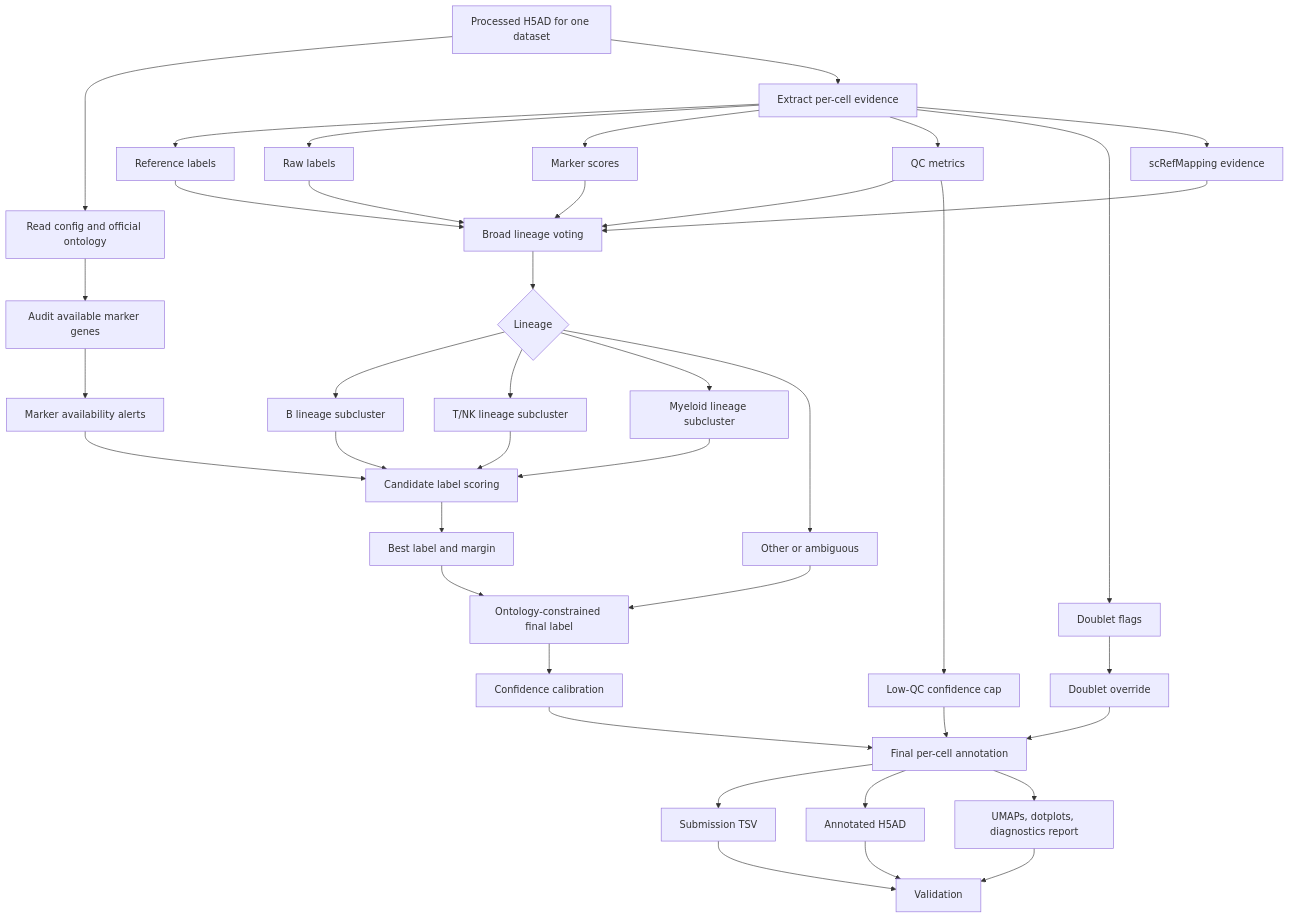
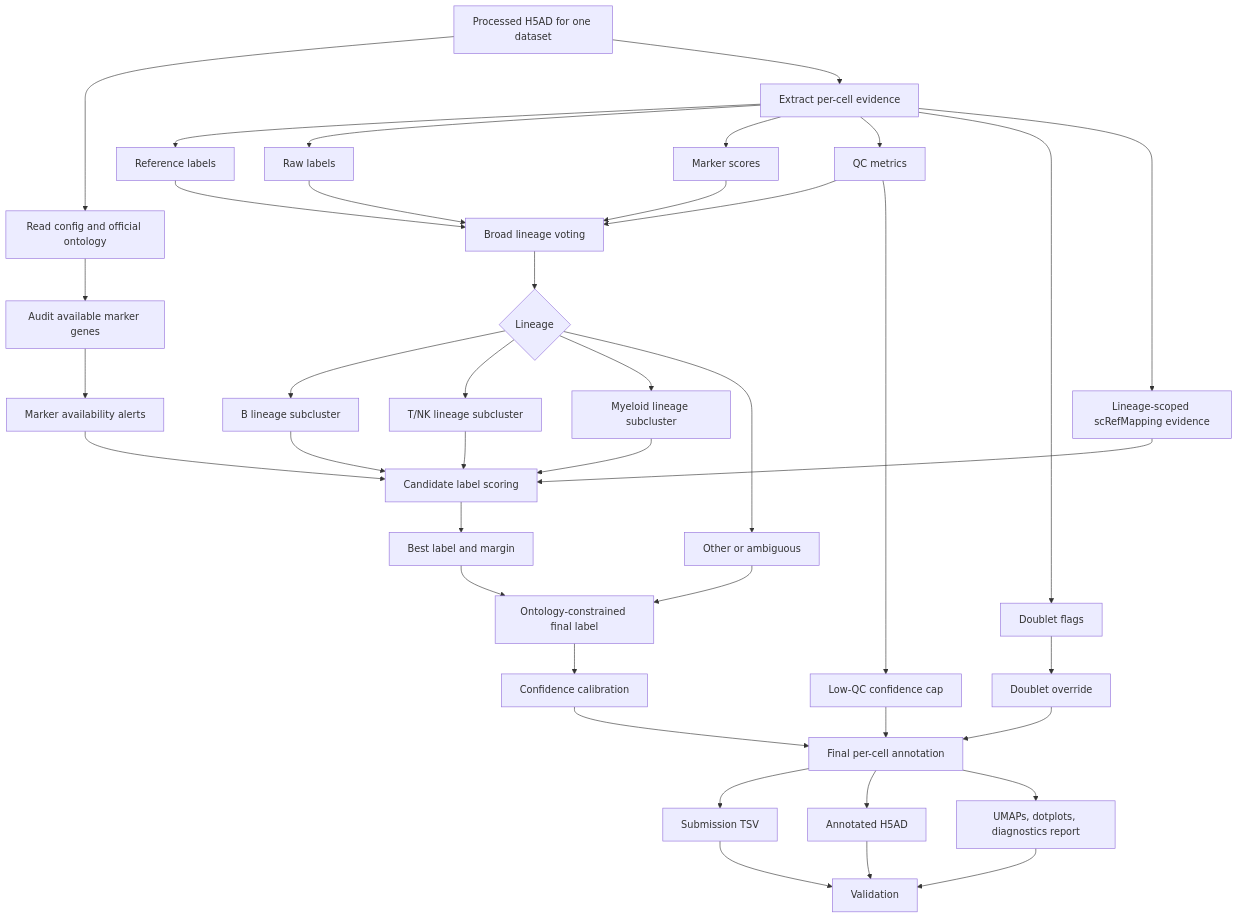
One commit to yyoshiaki/hipc-scrna-seq-annotation-submission changed the diagram in docs/annotation_strategy.md. Above: the diagram before and after it, drawn with Mermaid. The commit also changed other lines of this file and 2 other files, not shown here.

Commit message:
Place scRefMapping after broad lineage

````diff
--- a/docs/annotation_strategy.md
+++ b/docs/annotation_strategy.md
@@ -48,42 +48,42 @@
 ```mermaid
 flowchart TD
     A[Processed H5AD for one dataset] --> B[Read config and official ontology]
     B --> C[Audit available marker genes]
     A --> D[Extract per-cell evidence]
     D --> D1[Reference labels]
     D --> D2[Raw labels]
     D --> D3[Marker scores]
     D --> D4[QC metrics]
     D --> D5[Doublet flags]
-    D --> D6[scRefMapping evidence]
+    D --> D6[Lineage-scoped scRefMapping evidence]
     C --> E[Marker availability alerts]
     D1 --> F[Broad lineage voting]
     D2 --> F
     D3 --> F
     D4 --> F
-    D6 --> F
     F --> G{Lineage}
     G --> H[B lineage subcluster]
     G --> I[T/NK lineage subcluster]
     G --> J[Myeloid lineage subcluster]
     G --> K[Other or ambiguous]
     H --> L[Candidate label scoring]
     I --> L
     J --> L
     E --> L
+    D6 --> L
     L --> M[Best label and margin]
     M --> N[Ontology-constrained final label]
     K --> N
     N --> O[Confidence calibration]
     D5 --> P[Doublet override]
     D4 --> Q[Low-QC confidence cap]
     O --> R[Final per-cell annotation]
     P --> R
     Q --> R
     R --> S[Submission TSV]
     R --> T[Annotated H5AD]
     R --> U[UMAPs, dotplots, diagnostics report]
     S --> V[Validation]
     T --> V
     U --> V
 ```
````
